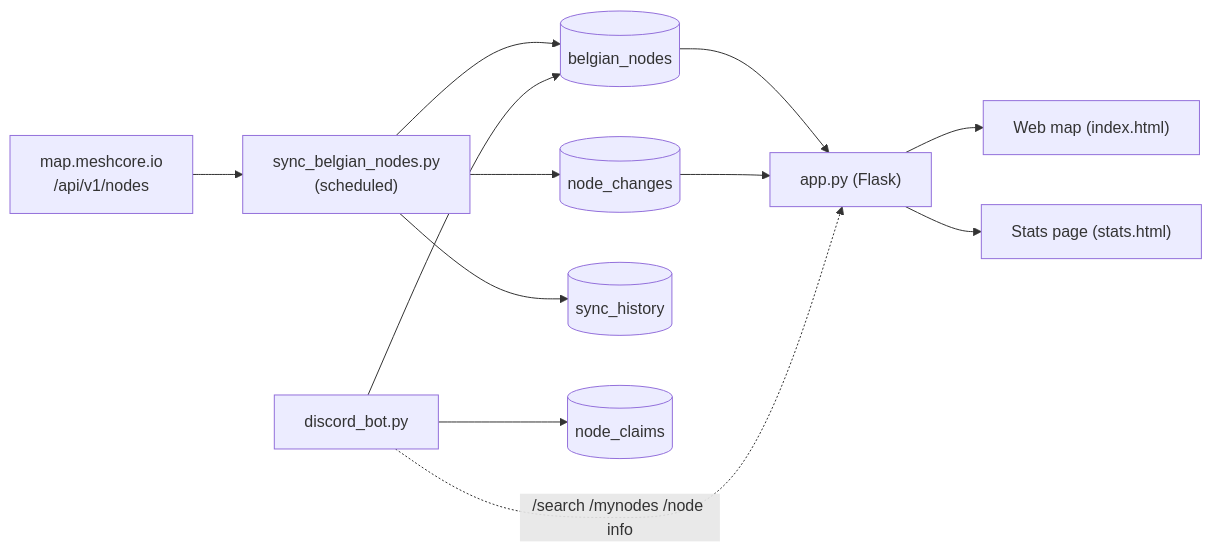
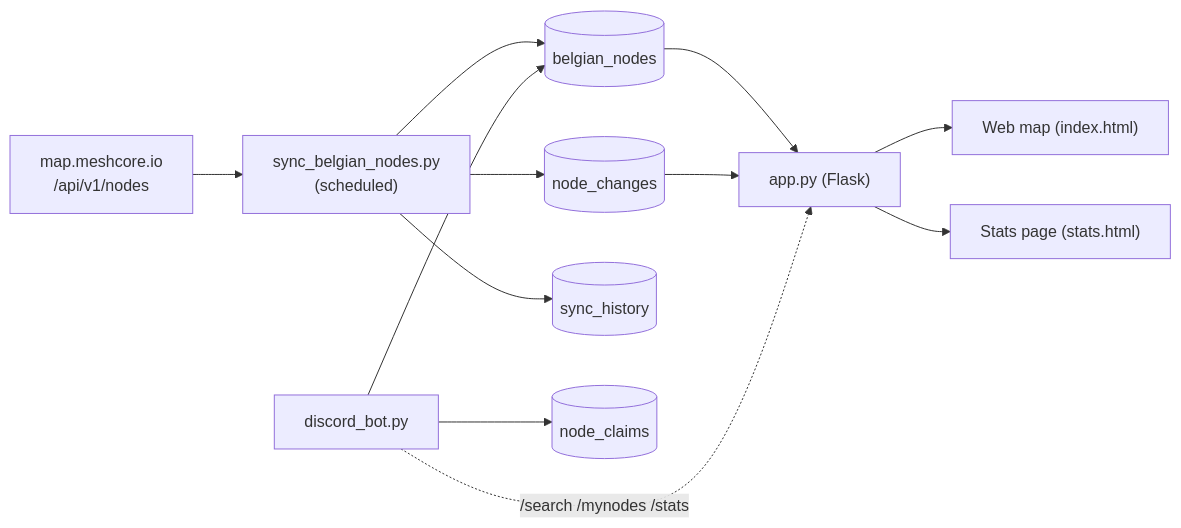
One commit to radio-actief/RRY-Map-Bot changed the diagram in README.md. Above: the diagram before and after it, drawn with Mermaid. The commit also changed other lines of this file and 1 other file, not shown here.

First line of the commit message:
docs(RRY-Map-Bot): bot commands, instructions post and command_log

````diff
--- a/README.md
+++ b/README.md
@@ -73,14 +73,14 @@
 ```mermaid
 flowchart LR
     Official["map.meshcore.io<br/>/api/v1/nodes"] --> Sync["sync_belgian_nodes.py<br/>(scheduled)"]
     Sync --> BN[("belgian_nodes")]
     Sync --> NC[("node_changes")]
     Sync --> SH[("sync_history")]
     Bot["discord_bot.py"] --> BN
     Bot --> CL[("node_claims")]
     BN --> API["app.py (Flask)"]
     NC --> API
     API --> Map["Web map (index.html)"]
     API --> Stats["Stats page (stats.html)"]
-    Bot -.->|/search /mynodes /node info| API
+    Bot -.->|/search /mynodes /stats| API
 ```
````
